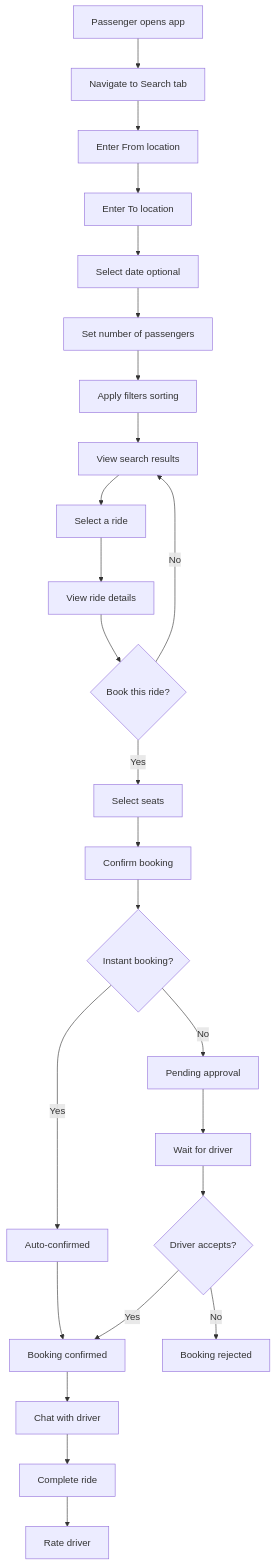
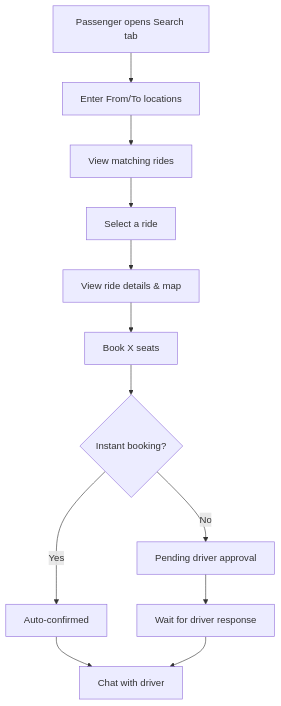
The second of 3 diagrams in PRD.md (Shashank-Ge/Ride-Share-Lite-), drawn with Mermaid before and after one commit. The commit also changed other lines of this file and 3 other files, not shown here.

````diff
--- a/PRD.md
+++ b/PRD.md
@@ -962,27 +113,14 @@
 ```mermaid
 graph TD
-    A[Passenger opens app] --> B[Navigate to Search tab]
-    B --> C[Enter From location]
-    C --> D[Enter To location]
-    D --> E[Select date optional]
-    E --> F[Set number of passengers]
-    F --> G[Apply filters sorting]
-    G --> H[View search results]
-    H --> I[Select a ride]
-    I --> J[View ride details]
-    J --> K{Book this ride?}
-    K -->|No| H
-    K -->|Yes| L[Select seats]
-    L --> M[Confirm booking]
-    M --> N{Instant booking?}
-    N -->|Yes| O[Auto-confirmed]
-    N -->|No| P[Pending approval]
-    O --> Q[Booking confirmed]
-    P --> R[Wait for driver]
-    R --> S{Driver accepts?}
-    S -->|Yes| Q
-    S -->|No| T[Booking rejected]
-    Q --> U[Chat with driver]
-    U --> V[Complete ride]
-    V --> W[Rate driver]
+    A[Passenger opens Search tab] --> B[Enter From/To locations]
+    B --> C[View matching rides]
+    C --> D[Select a ride]
+    D --> E[View ride details & map]
+    E --> F[Book X seats]
+    F --> G{Instant booking?}
+    G -->|Yes| H[Auto-confirmed]
+    G -->|No| I[Pending driver approval]
+    H --> J[Chat with driver]
+    I --> K[Wait for driver response]
+    K --> J
 ```
````
